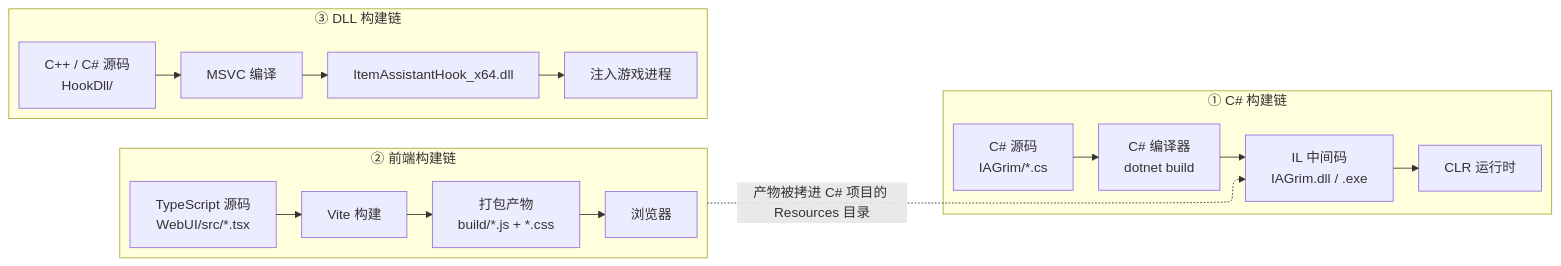
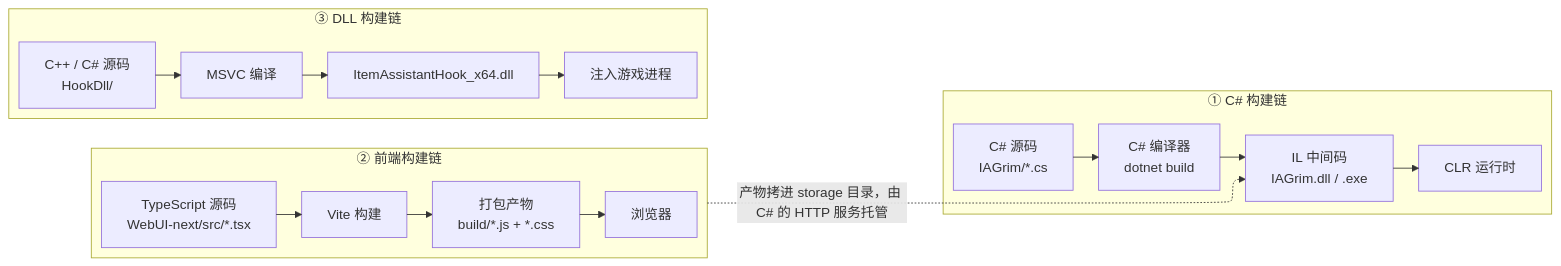
One commit to Aa-arun/iagd changed the first of 5 diagrams in .docs/07-教学-软件工程.md. Above: the diagram before and after it, drawn with Mermaid. The commit also changed other lines of this file, not shown here.

Commit message:
文档整理：07 教学文档里的构建链事实（WebUI-next + storage 托管）

````diff
--- a/.docs/07-教学-软件工程.md
+++ b/.docs/07-教学-软件工程.md
@@ -56,23 +56,23 @@
 ```mermaid
 %%{init: {"flowchart": {"defaultRenderer": "elk"}} }%%
 flowchart LR
     subgraph CSharp["① C# 构建链"]
         CS["C# 源码<br/>IAGrim/*.cs"] --> CSC["C# 编译器<br/>dotnet build"]
         CSC --> IL["IL 中间码<br/>IAGrim.dll / .exe"]
         IL --> CLR["CLR 运行时"]
     end
 
     subgraph Front["② 前端构建链"]
-        TS["TypeScript 源码<br/>WebUI/src/*.tsx"] --> VITE["Vite 构建"]
+        TS["TypeScript 源码<br/>WebUI-next/src/*.tsx"] --> VITE["Vite 构建"]
         VITE --> BUNDLE["打包产物<br/>build/*.js + *.css"]
         BUNDLE --> BROWSER["浏览器"]
     end
 
     subgraph Hook["③ DLL 构建链"]
         CPP["C++ / C# 源码<br/>HookDll/"] --> MSVC["MSVC 编译"]
         MSVC --> DLL["ItemAssistantHook_x64.dll"]
         DLL --> INJECT["注入游戏进程"]
     end
 
-    Front -. "产物被拷进 C# 项目的 Resources 目录" .-> IL
+    Front -. "产物拷进 storage 目录，由 C# 的 HTTP 服务托管" .-> IL
 ```
````
